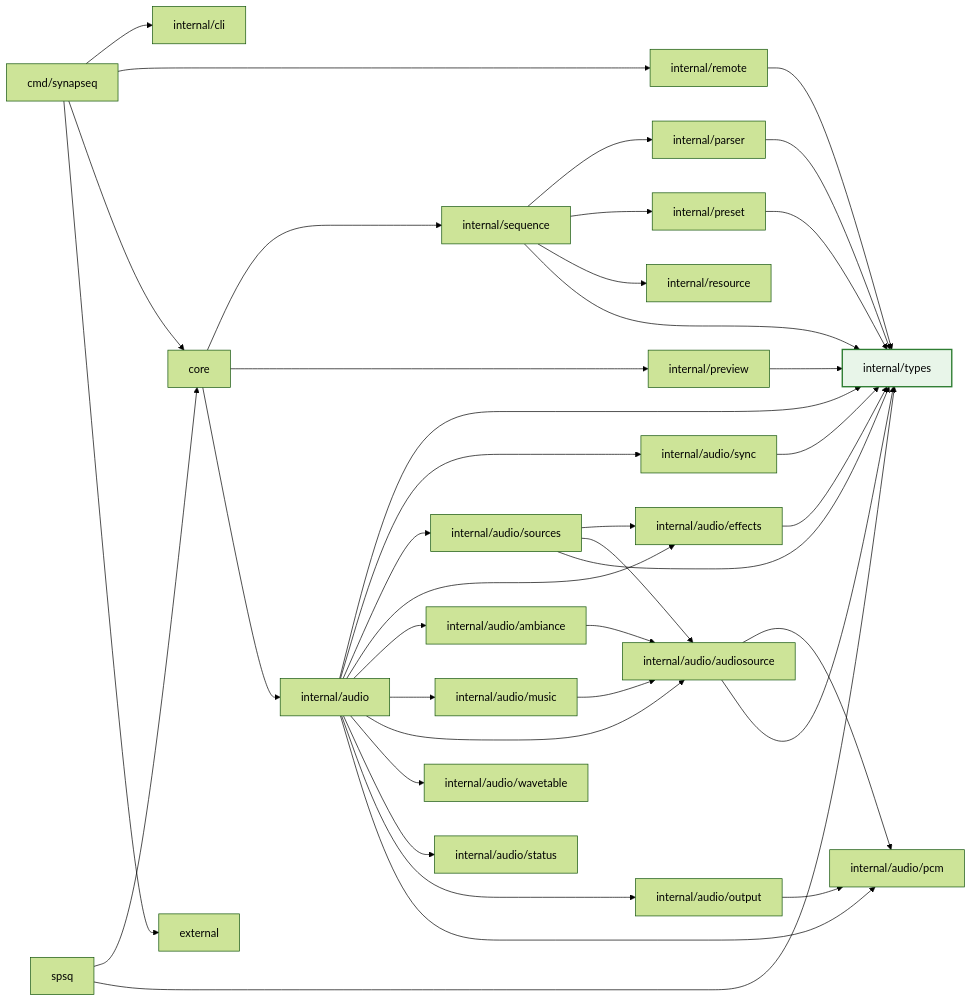
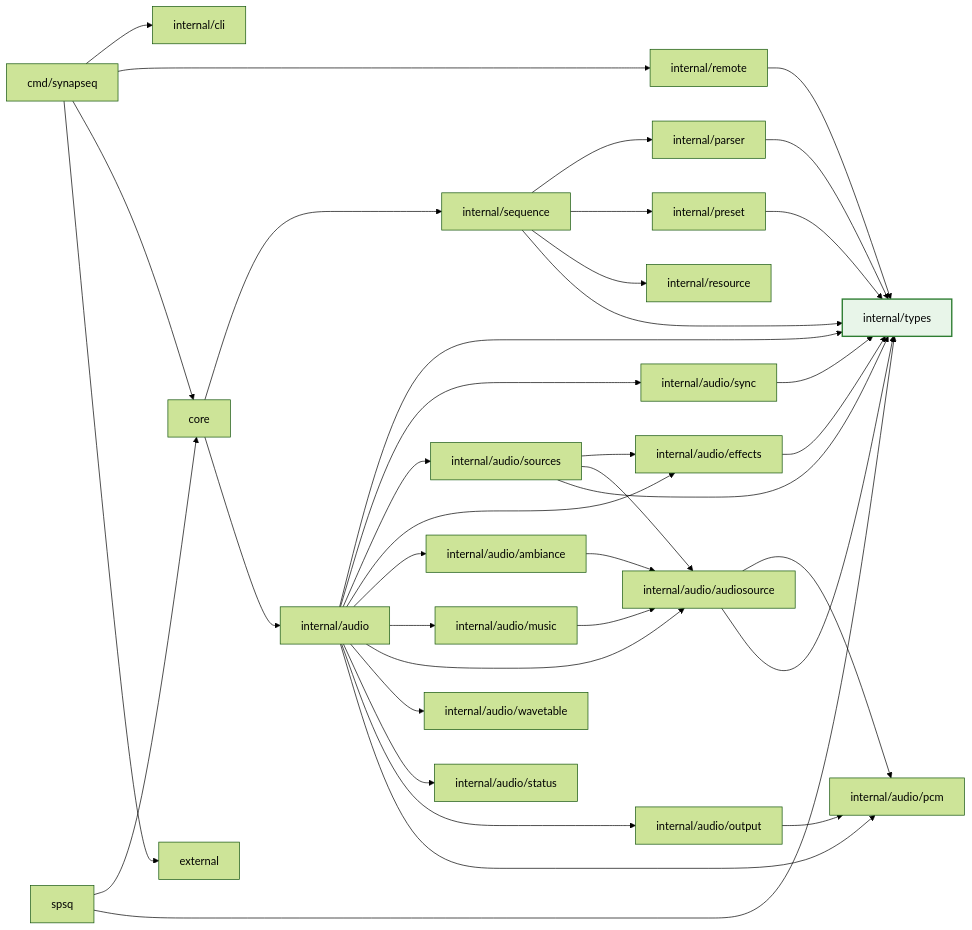
The second of 5 diagrams in docs/ARCHITECTURE.md (synapseq-foundation/synapseq), drawn with Mermaid (forest theme) before and after one commit. The commit also changed other lines of this file and 35 other files, not shown here.

````diff
--- a/docs/ARCHITECTURE.md
+++ b/docs/ARCHITECTURE.md
@@ -189,50 +181,48 @@
 ```mermaid
 flowchart LR
 	CMD[cmd/synapseq] --> CLI[internal/cli]
 	CMD --> REMOTE[internal/remote]
 	CMD --> CORE[core]
 	CMD --> EXT[external]
 	SPSQ[spsq] --> CORE
 	SPSQ --> TYPES
 
 	CORE --> SEQ[internal/sequence]
-	CORE --> PREVIEW[internal/preview]
 	CORE --> AUDIO[internal/audio]
 
 	SEQ --> PARSER[internal/parser]
 	SEQ --> PRESET[internal/preset]
 	SEQ --> RESOURCE[internal/resource]
 	SEQ --> TYPES[internal/types]
 
 	PARSER --> TYPES
 	PRESET --> TYPES
-	PREVIEW --> TYPES
 	AUDIO --> TYPES
 	REMOTE --> TYPES
 
 	AUDIO --> SYNC[internal/audio/sync]
 	AUDIO --> SOURCES[internal/audio/sources]
 	AUDIO --> EFFECTS[internal/audio/effects]
 	AUDIO --> AMB[internal/audio/ambiance]
 	AUDIO --> MUSIC[internal/audio/music]
 	AUDIO --> ASRC[internal/audio/audiosource]
 	AUDIO --> WAVETABLE[internal/audio/wavetable]
 	AUDIO --> STATUS[internal/audio/status]
 	AUDIO --> OUTPUT[internal/audio/output]
 	AUDIO --> PCM[internal/audio/pcm]
 
 	OUTPUT --> PCM
 	SOURCES --> EFFECTS
 	SOURCES --> ASRC
 	SOURCES --> TYPES
 	EFFECTS --> TYPES
 	SYNC --> TYPES
 	AMB --> ASRC
 	MUSIC --> ASRC
 	ASRC --> PCM
 	ASRC --> TYPES
 
 	TYPES:::leaf
 
 	classDef leaf fill:#e8f5e9,stroke:#2e7d32,stroke-width:2px;
 ```
````
